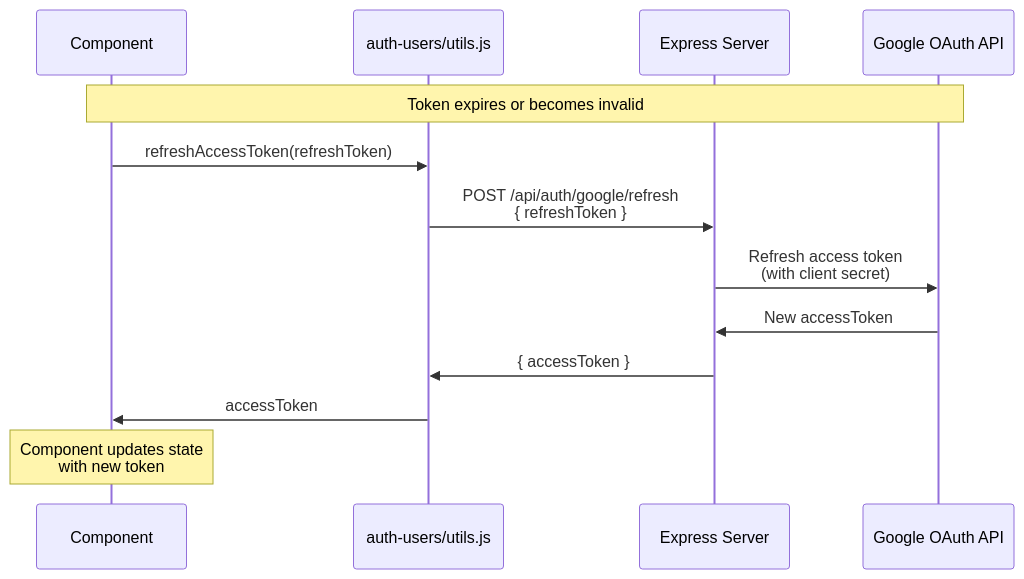
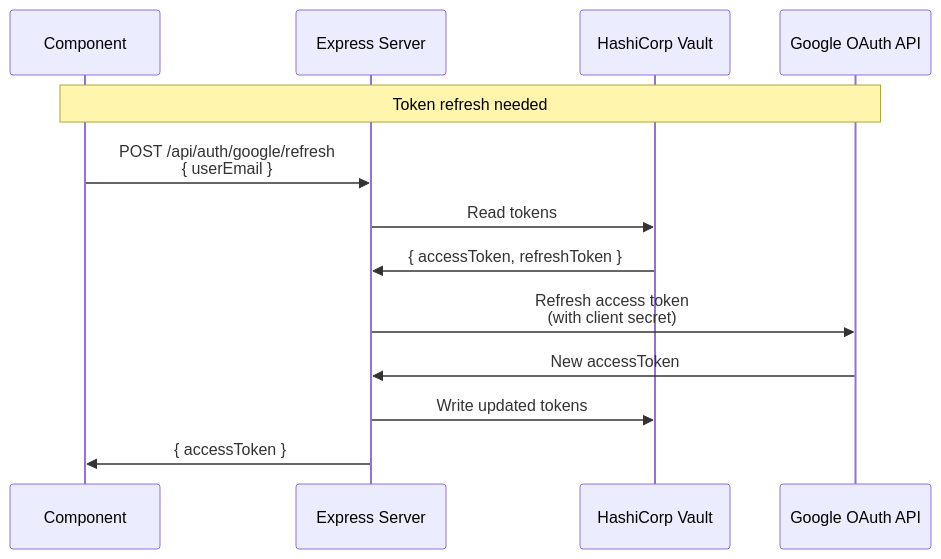
Before and after one commit to nicmart-dev/linguistnow: the second of 3 diagrams in docs/google-authentication.md, drawn with Mermaid. The commit also changed other lines of this file and 50 other files, not shown here.

First line of the commit message:
feat(security): migrate token storage to HashiCorp Vault

````diff
--- a/docs/google-authentication.md
+++ b/docs/google-authentication.md
@@ -124,18 +129,17 @@
 ```mermaid
 sequenceDiagram
     participant Component
-    participant Utils as auth-users/utils.js
     participant Server as Express Server
+    participant Vault as HashiCorp Vault
     participant Google as Google OAuth API
 
-    Note over Component,Google: Token expires or becomes invalid
+    Note over Component,Google: Token refresh needed
 
-    Component->>Utils: refreshAccessToken(refreshToken)
-    Utils->>Server: POST /api/auth/google/refresh<br/>{ refreshToken }
+    Component->>Server: POST /api/auth/google/refresh<br/>{ userEmail }
+    Server->>Vault: Read tokens
+    Vault->>Server: { accessToken, refreshToken }
     Server->>Google: Refresh access token<br/>(with client secret)
     Google->>Server: New accessToken
-    Server->>Utils: { accessToken }
-    Utils->>Component: accessToken
-
-    Note over Component: Component updates state<br/>with new token
+    Server->>Vault: Write updated tokens
+    Server->>Component: { accessToken }
 ```
````
